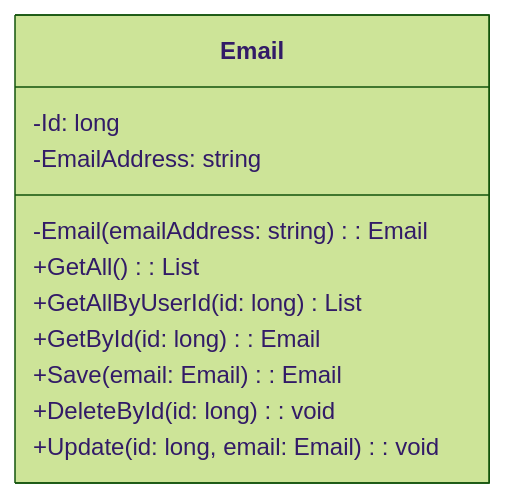
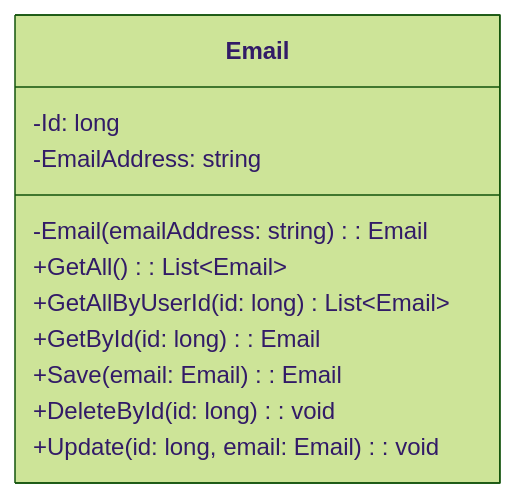
One commit to AndreLucas0/diagrama-de-classes-projeto-integrador changed the fourth of 17 diagrams in Classes.md. Above: the diagram before and after it, drawn with Mermaid (forest theme). The commit also changed other lines of this file, not shown here.

````diff
--- a/Classes.md
+++ b/Classes.md
@@ -35,14 +35,14 @@
 ```mermaid
 classDiagram
     class Email {
         -Id: long
         -EmailAddress: string
         -Email (emailAddress: string): Email
-        +GetAll (): List<Email>
-        +GetAllByUserId (id: long) List<Email>
+        +GetAll (): List&lt;Email&gt;
+        +GetAllByUserId (id: long) List&lt;Email&gt;
         +GetById (id: long): Email
         +Save (email: Email): Email
         +DeleteById (id: long): void
         +Update (id: long, email: Email): void
     }
 ```
````
